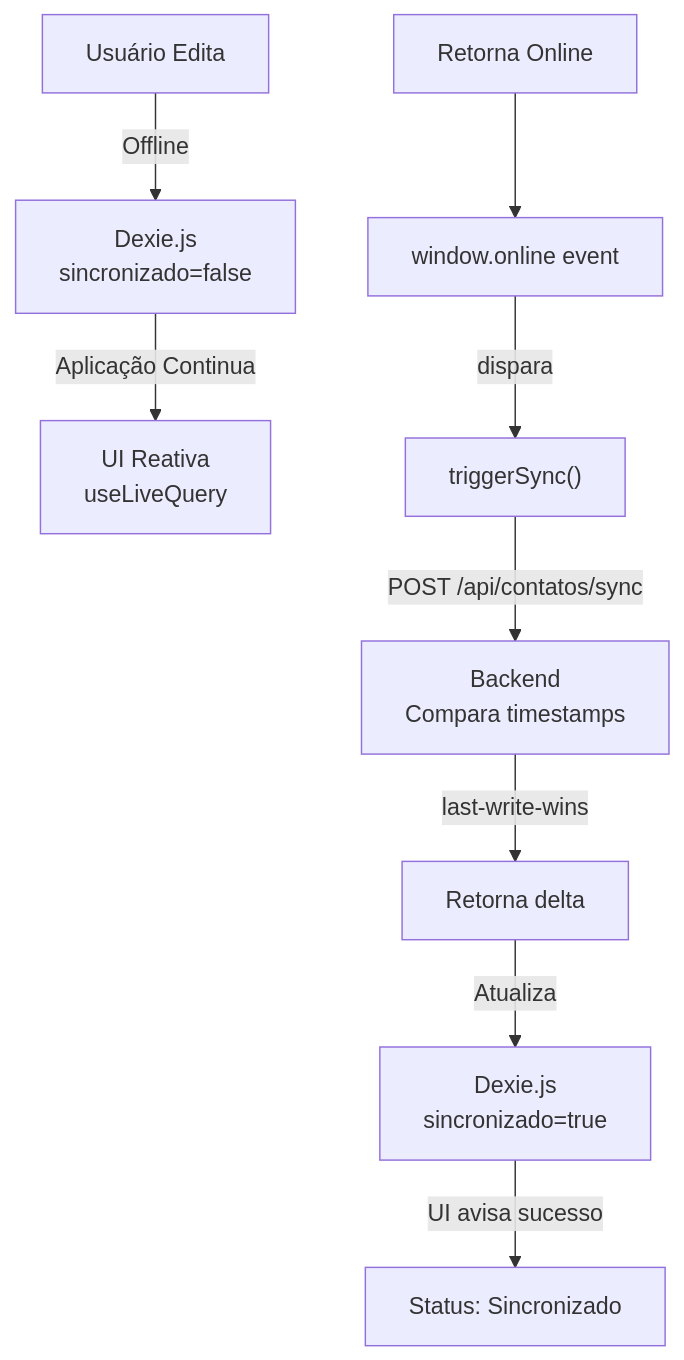
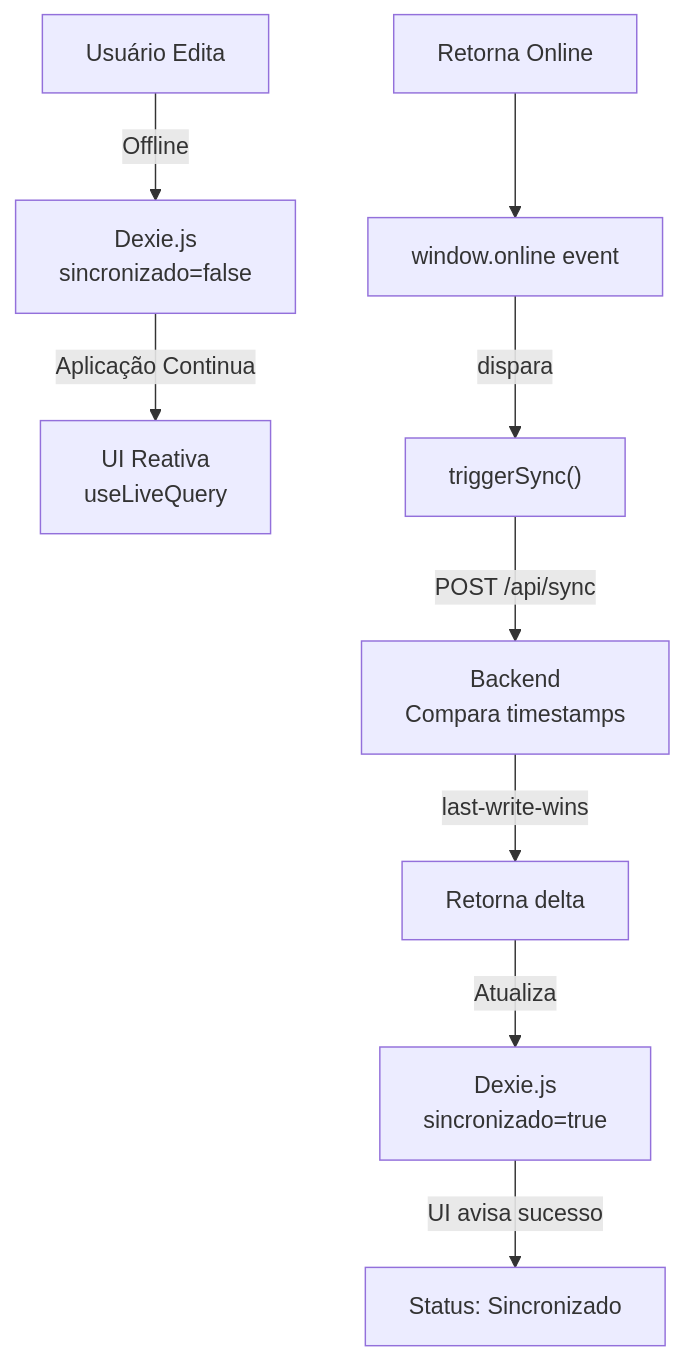
One commit to ricardorodrigues-60hz/lista-telefonica-hcfmb changed the diagram in frontend/README.md. Above: the diagram before and after it, drawn with Mermaid. The commit also changed 27 other files, not shown here.

````diff
--- a/frontend/README.md
+++ b/frontend/README.md
@@ -93,11 +93,11 @@
 ```mermaid
 graph TD
     A[Usuário Edita] -->|Offline| B[Dexie.js<br/>sincronizado=false]
     B -->|Aplicação Continua| C[UI Reativa<br/>useLiveQuery]
     D[Retorna Online] --> E[window.online event]
     E -->|dispara| F["triggerSync()"]
-    F -->|POST /api/contatos/sync| G["Backend<br/>Compara timestamps"]
+    F -->|POST /api/sync| G["Backend<br/>Compara timestamps"]
     G -->|last-write-wins| H["Retorna delta"]
     H -->|Atualiza| I["Dexie.js<br/>sincronizado=true"]
     I -->|UI avisa sucesso| J[Status: Sincronizado]
 ```
````
